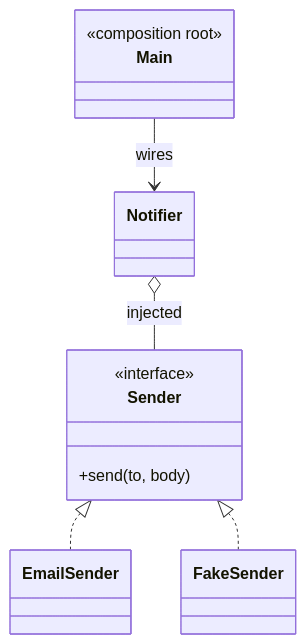
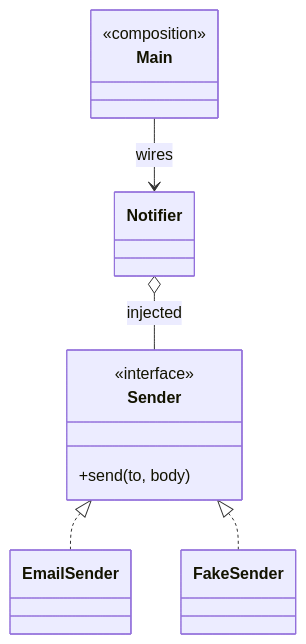
Before and after one commit to kotiansukesh/Engineering-Knowledge-System: the diagram in Java/06_Design-Patterns/Extra/Dependency Injection Pattern.md, drawn with Mermaid. The commit also changed other lines of this file and 546 other files, not shown here.

````diff
--- a/Java/06_Design-Patterns/Extra/Dependency Injection Pattern.md
+++ b/Java/06_Design-Patterns/Extra/Dependency Injection Pattern.md
@@ -18,17 +26,17 @@
 ```mermaid
 classDiagram
  class Main {
- <<composition root>>
+ <<composition>>
  }
  class Notifier
  class Sender {
  <<interface>>
  +send(to, body)
  }
  class EmailSender
  class FakeSender
  Main --> Notifier : wires
  Notifier o-- Sender : injected
  Sender <|.. EmailSender
  Sender <|.. FakeSender
 ```
````
